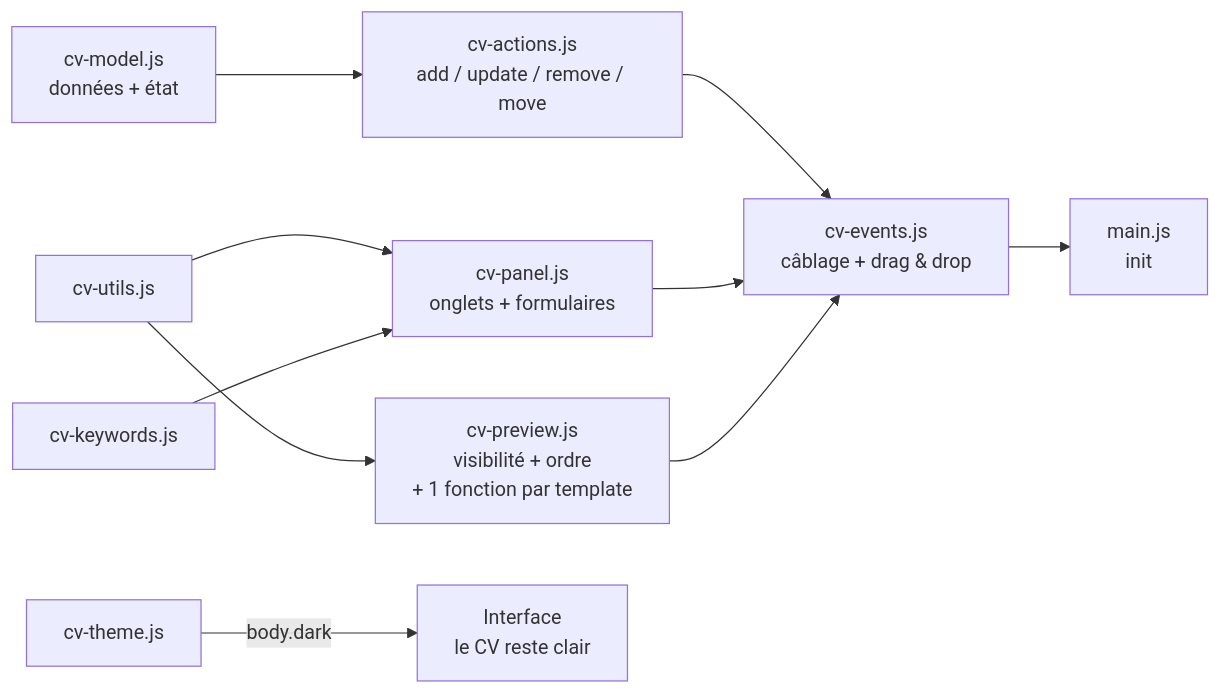
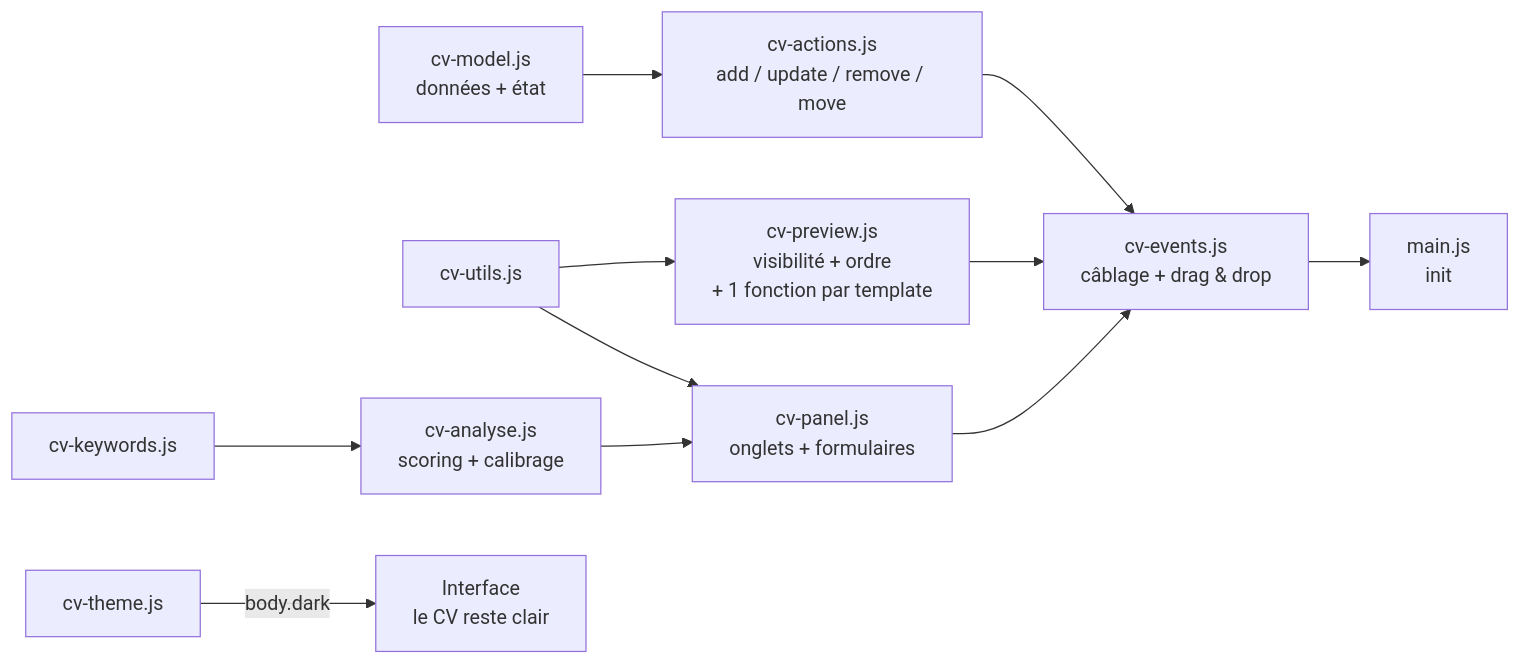
Before and after one commit to LepetitPortfolio/CV-Editor: the diagram in README.md, drawn with Mermaid. The commit also changed other lines of this file, not shown here.

First line of the commit message:
Documenter le calibrage et les options du CV

````diff
--- a/README.md
+++ b/README.md
@@ -93,12 +113,13 @@
 ```mermaid
 flowchart LR
     M[cv-model.js<br/>données + état] --> A[cv-actions.js<br/>add / update / remove / move]
     U[cv-utils.js] --> P[cv-panel.js<br/>onglets + formulaires]
     U --> V[cv-preview.js<br/>visibilité + ordre<br/>+ 1 fonction par template]
-    K[cv-keywords.js] --> P
+    K[cv-keywords.js] --> AN[cv-analyse.js<br/>scoring + calibrage]
+    AN --> P
     A --> E[cv-events.js<br/>câblage + drag & drop]
     P --> E
     V --> E
     E --> I[main.js<br/>init]
     G[cv-theme.js] -->|body.dark| H[Interface<br/>le CV reste clair]
 ```
````
